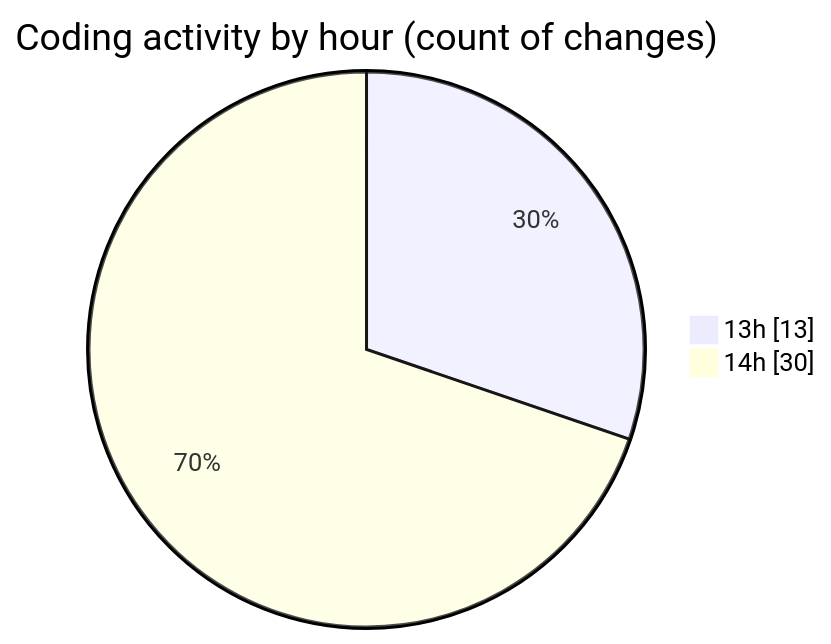
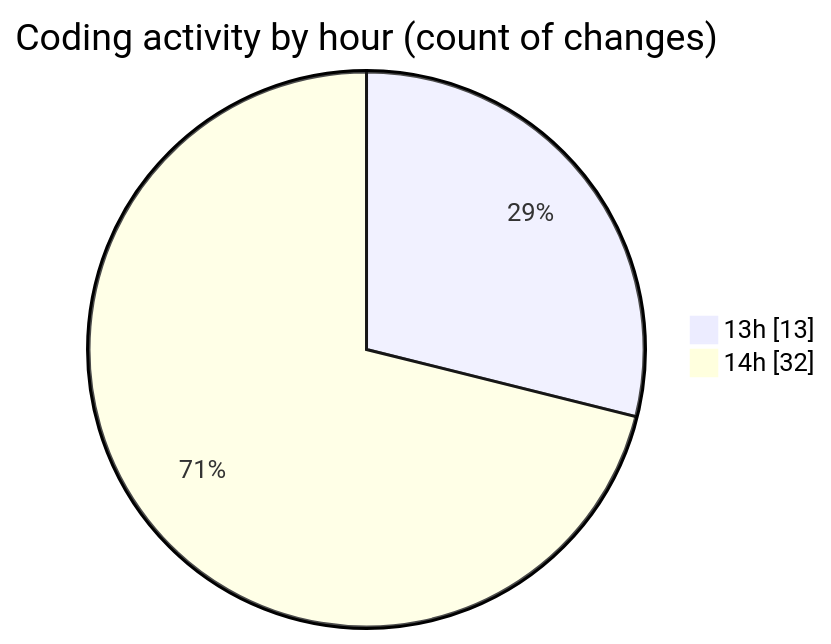
One commit to nxtqubesakshisongat/code-tracking changed the second of 2 diagrams in 2025-06-05/nxtqube_webapp/README.md. Above: the diagram before and after it, drawn with Mermaid. The commit also changed other lines of this file and 1 other file, not shown here.

````diff
--- a/2025-06-05/nxtqube_webapp/README.md
+++ b/2025-06-05/nxtqube_webapp/README.md
@@ -29,6 +29,6 @@
 ```mermaid
 pie showData
 title Coding activity by hour (count of changes)
 "13h" : 13
-"14h" : 30
+"14h" : 32
 ```
````
